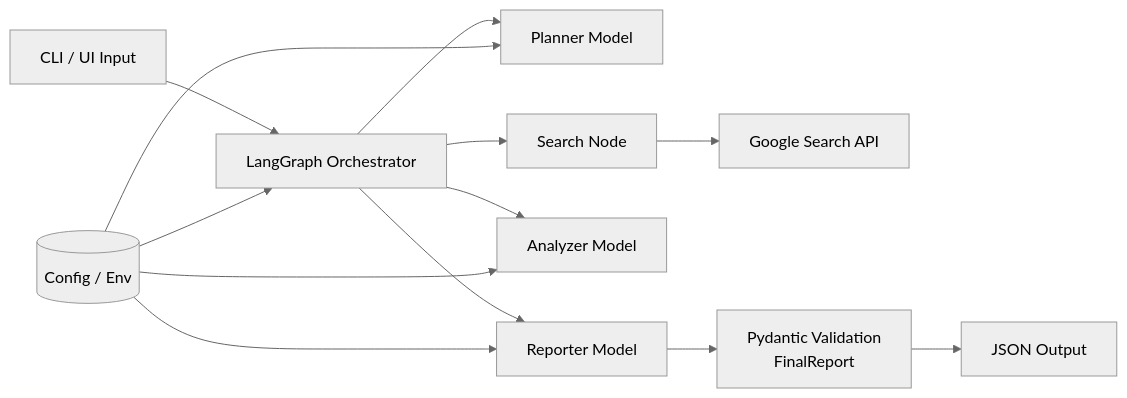
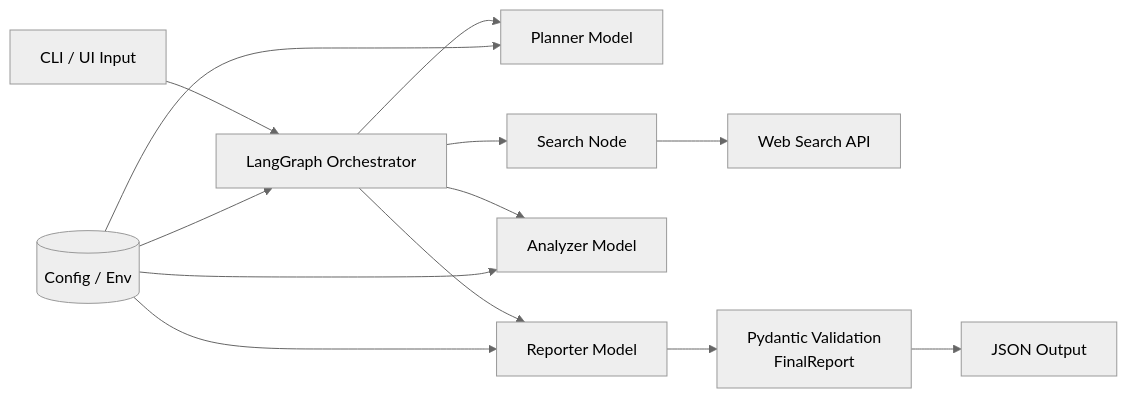
One commit to LXMachado/SRA changed the second of 2 diagrams in README.md. Above: the diagram before and after it, drawn with Mermaid (neutral theme). The commit also changed other lines of this file and 10 other files, not shown here.

````diff
--- a/README.md
+++ b/README.md
@@ -22,16 +22,16 @@
 ```mermaid
 flowchart LR
     U[CLI / UI Input] --> G[LangGraph Orchestrator]
     G --> P[Planner Model]
     G --> S[Search Node]
-    S --> GS[Google Search API]
+    S --> WS[Web Search API]
     G --> A[Analyzer Model]
     G --> R[Reporter Model]
     R --> V[Pydantic Validation\nFinalReport]
     V --> O[JSON Output]
 
     C[(Config / Env)] --> G
     C --> P
     C --> A
     C --> R
 ```
````
